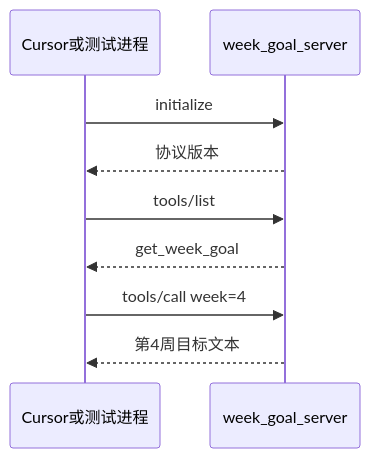
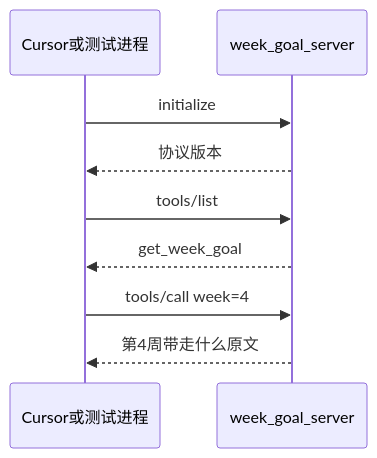
One commit to SabreKeyZ/agent-xuetang changed the diagram in docs/weeks/04-mcp-and-skills.md. Above: the diagram before and after it, drawn with Mermaid. The commit also changed other lines of this file and 37 other files, not shown here.

````diff
--- a/docs/weeks/04-mcp-and-skills.md
+++ b/docs/weeks/04-mcp-and-skills.md
@@ -38,11 +54,11 @@
 ```mermaid
 sequenceDiagram
   participant 套件 as Cursor或测试进程
   participant MCP as week_goal_server
   套件->>MCP: initialize
   MCP-->>套件: 协议版本
   套件->>MCP: tools/list
   MCP-->>套件: get_week_goal
   套件->>MCP: tools/call  week=4
-  MCP-->>套件: 第4周目标文本
+  MCP-->>套件: 第4周带走什么原文
 ```
````
